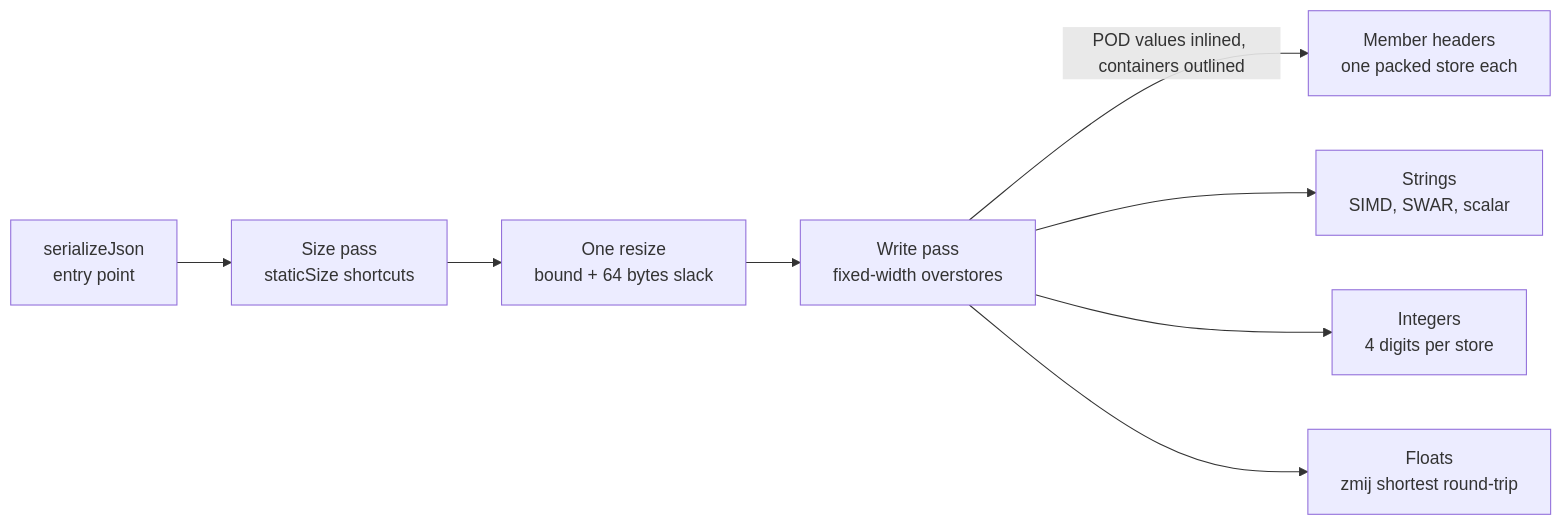
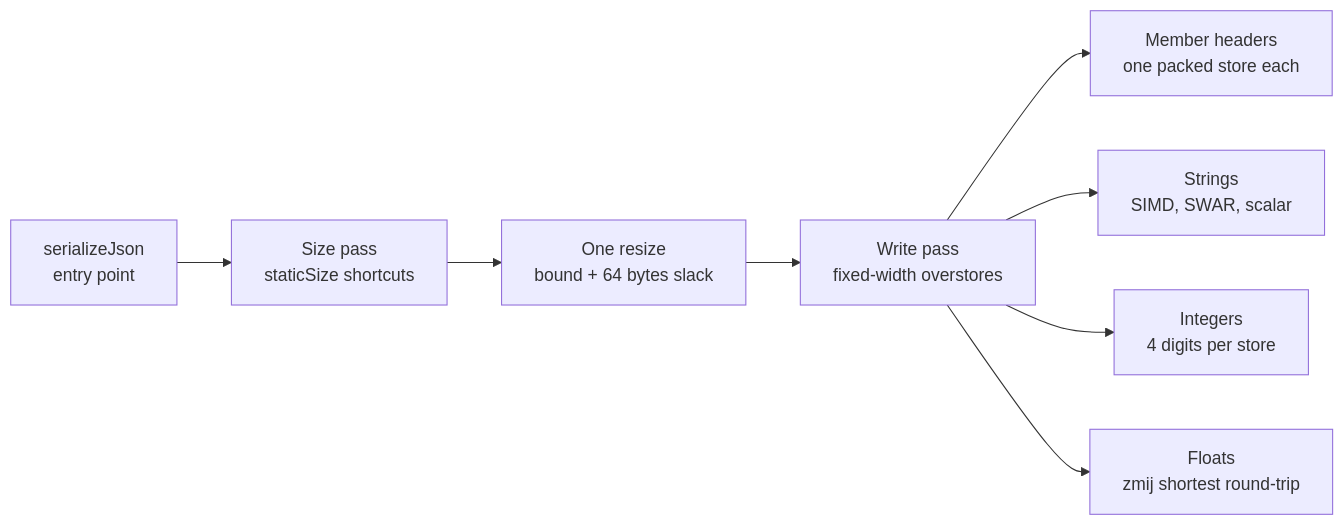
Before and after one commit to nihilai-collective/Jsonifier: the diagram in Serialization.md, drawn with Mermaid. The commit also changed other lines of this file and 14 other files, not shown here.

````diff
--- a/Serialization.md
+++ b/Serialization.md
@@ -19,10 +19,10 @@
 ```mermaid
 flowchart LR
     A["serializeJson<br/>entry point"] --> B["Size pass<br/>staticSize shortcuts"]
     B --> C["One resize<br/>bound + 64 bytes slack"]
     C --> D["Write pass<br/>fixed-width overstores"]
-    D -- "POD values inlined, containers outlined" --> E["Member headers<br/>one packed store each"]
+    D --> E["Member headers<br/>one packed store each"]
     D --> F["Strings<br/>SIMD, SWAR, scalar"]
     D --> G["Integers<br/>4 digits per store"]
     D --> H["Floats<br/>zmij shortest round-trip"]
 ```
````
